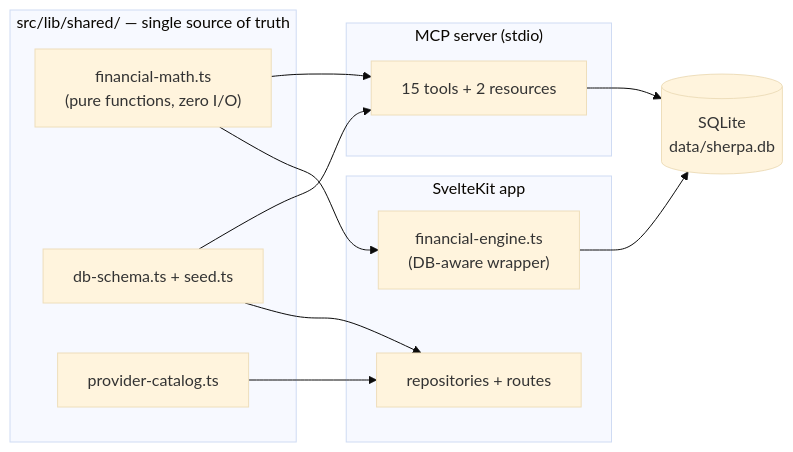
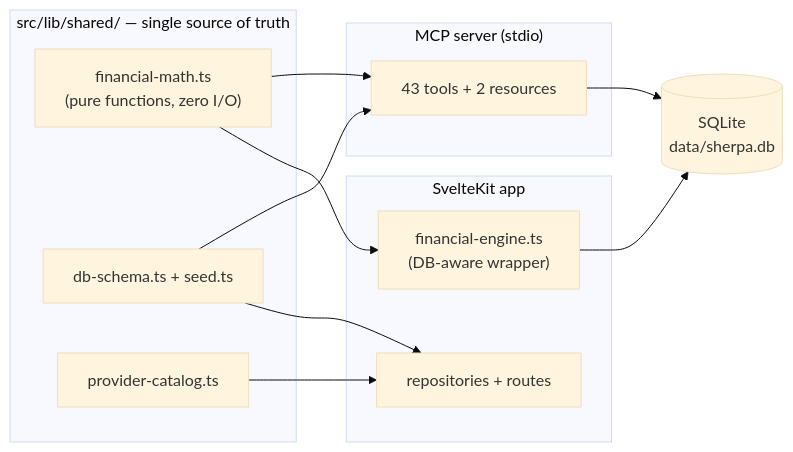
One commit to piotrlangowski/Sherpa changed the diagram in README.md. Above: the diagram before and after it, drawn with Mermaid (base theme). The commit also changed other lines of this file and 8 other files, not shown here.

````diff
--- a/README.md
+++ b/README.md
@@ -42,27 +42,27 @@
 ```mermaid
 graph LR
     subgraph shared ["src/lib/shared/ — single source of truth"]
         FM["financial-math.ts<br/>(pure functions, zero I/O)"]
         SCH["db-schema.ts + seed.ts"]
         CAT["provider-catalog.ts"]
     end
 
     subgraph app ["SvelteKit app"]
         ENGINE["financial-engine.ts<br/>(DB-aware wrapper)"]
         REPOS["repositories + routes"]
     end
 
     subgraph mcp ["MCP server (stdio)"]
-        TOOLS["15 tools + 2 resources"]
+        TOOLS["43 tools + 2 resources"]
     end
 
     DB[("SQLite<br/>data/sherpa.db")]
 
     FM --> ENGINE
     FM --> TOOLS
     SCH --> REPOS
     SCH --> TOOLS
     CAT --> REPOS
     ENGINE --> DB
     TOOLS --> DB
 ```
````
